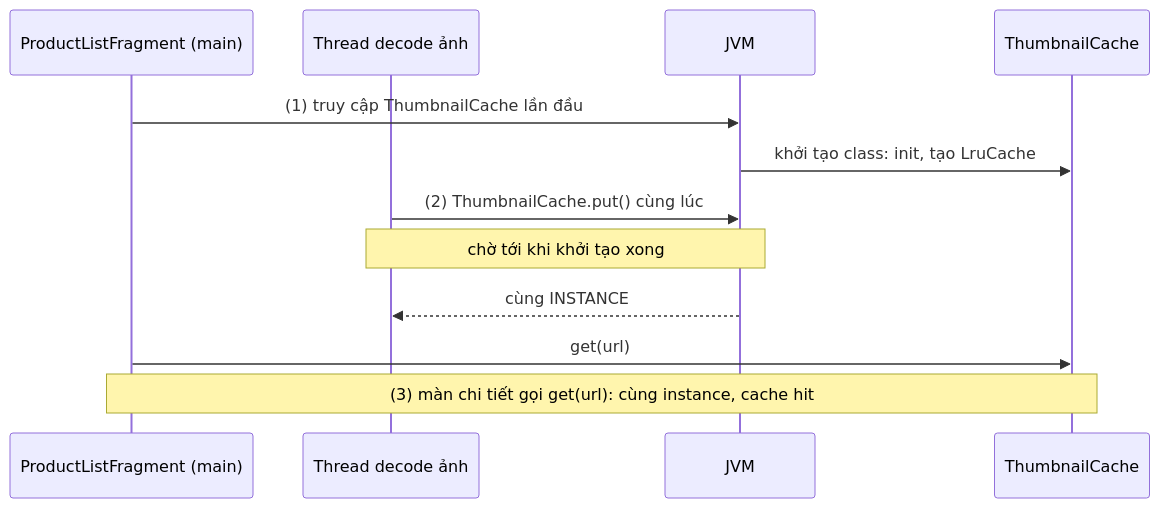
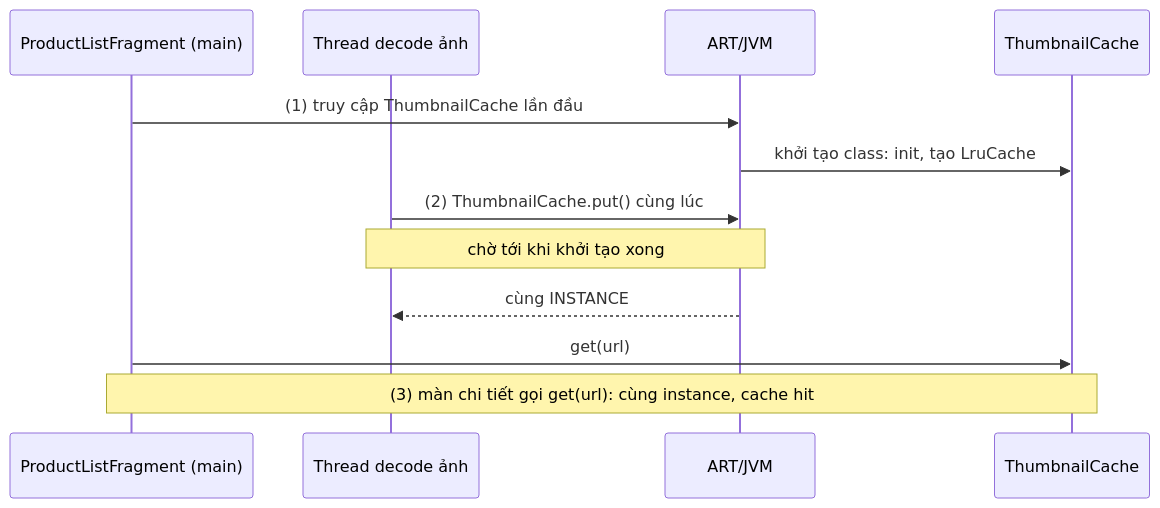
The first of 4 diagrams in knowledge/android/docs/session_07/design_pattern/singleton_pattern.md (h1eu/knowledge), drawn with Mermaid before and after one commit. The commit also changed other lines of this file and 19 other files, not shown here.

````diff
--- a/knowledge/android/docs/session_07/design_pattern/singleton_pattern.md
+++ b/knowledge/android/docs/session_07/design_pattern/singleton_pattern.md
@@ -92,14 +92,14 @@
 ```mermaid
 sequenceDiagram
     participant L as ProductListFragment (main)
     participant W as Thread decode ảnh
-    participant J as JVM
+    participant J as ART/JVM
     participant C as ThumbnailCache
     L->>J: (1) truy cập ThumbnailCache lần đầu
     J->>C: khởi tạo class: init, tạo LruCache
     W->>J: (2) ThumbnailCache.put() cùng lúc
     Note over W,J: chờ tới khi khởi tạo xong
     J-->>W: cùng INSTANCE
     L->>C: get(url)
     Note over L,C: (3) màn chi tiết gọi get(url): cùng instance, cache hit
 ```
````
